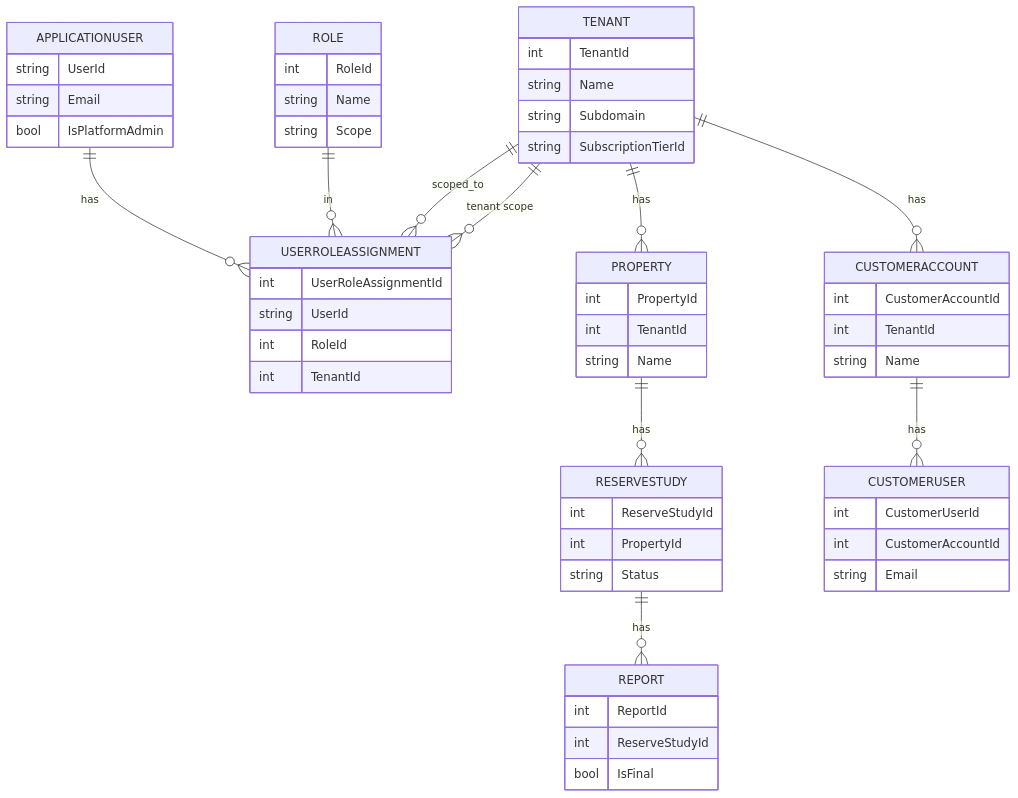
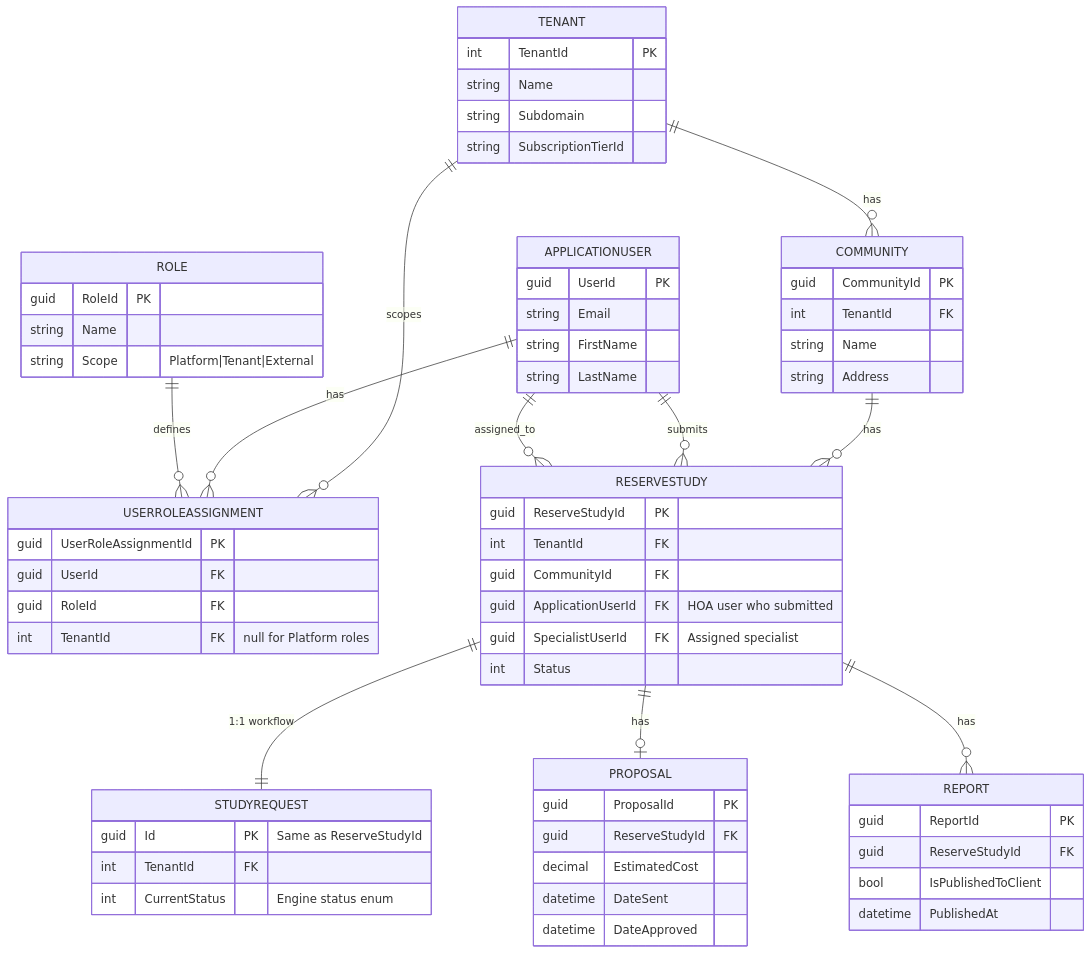
Before and after one commit to jay1z/CRS_MudBlazorStarter: the second of 2 diagrams in CRS/Documentation/RolesMermaid.md, drawn with Mermaid. The commit also changed other lines of this file and 11 other files, not shown here.

````diff
--- a/CRS/Documentation/RolesMermaid.md
+++ b/CRS/Documentation/RolesMermaid.md
@@ -1,72 +95,79 @@
 ```mermaid
 erDiagram
     TENANT {
-        int TenantId
+        int TenantId PK
         string Name
         string Subdomain
         string SubscriptionTierId
     }
 
     APPLICATIONUSER {
-        string UserId
+        guid UserId PK
         string Email
-        bool IsPlatformAdmin
+        string FirstName
+        string LastName
     }
 
     ROLE {
-        int RoleId
+        guid RoleId PK
         string Name
-        string Scope
+        string Scope "Platform|Tenant|External"
     }
 
     USERROLEASSIGNMENT {
-        int UserRoleAssignmentId
-        string UserId
-        int RoleId
-        int TenantId
+        guid UserRoleAssignmentId PK
+        guid UserId FK
+        guid RoleId FK
+        int TenantId FK "null for Platform roles"
     }
 
-    PROPERTY {
-        int PropertyId
-        int TenantId
+    COMMUNITY {
+        guid CommunityId PK
+        int TenantId FK
         string Name
+        string Address
     }
 
     RESERVESTUDY {
-        int ReserveStudyId
-        int PropertyId
-        string Status
+        guid ReserveStudyId PK
+        int TenantId FK
+        guid CommunityId FK
+        guid ApplicationUserId FK "HOA user who submitted"
+        guid SpecialistUserId FK "Assigned specialist"
+        int Status
+    }
+
+    STUDYREQUEST {
+        guid Id PK "Same as ReserveStudyId"
+        int TenantId FK
+        int CurrentStatus "Engine status enum"
+    }
+
+    PROPOSAL {
+        guid ProposalId PK
+        guid ReserveStudyId FK
+        decimal EstimatedCost
+        datetime DateSent
+        datetime DateApproved
     }
 
     REPORT {
-        int ReportId
-        int ReserveStudyId
-        bool IsFinal
+        guid ReportId PK
+        guid ReserveStudyId FK
+        bool IsPublishedToClient
+        datetime PublishedAt
     }
 
-    CUSTOMERACCOUNT {
-        int CustomerAccountId
-        int TenantId
-        string Name
-    }
-
-    CUSTOMERUSER {
-        int CustomerUserId
-        int CustomerAccountId
-        string Email
-    }
-
-    TENANT ||--o{ PROPERTY : has
-    PROPERTY ||--o{ RESERVESTUDY : has
+    TENANT ||--o{ COMMUNITY : has
+    TENANT ||--o{ USERROLEASSIGNMENT : scopes
+    COMMUNITY ||--o{ RESERVESTUDY : has
+    RESERVESTUDY ||--|| STUDYREQUEST : "1:1 workflow"
+    RESERVESTUDY ||--o| PROPOSAL : has
     RESERVESTUDY ||--o{ REPORT : has
 
-    TENANT ||--o{ CUSTOMERACCOUNT : has
-    CUSTOMERACCOUNT ||--o{ CUSTOMERUSER : has
+    APPLICATIONUSER ||--o{ USERROLEASSIGNMENT : has
+    APPLICATIONUSER ||--o{ RESERVESTUDY : submits
+    APPLICATIONUSER ||--o{ RESERVESTUDY : assigned_to
 
-    APPLICATIONUSER ||--o{ USERROLEASSIGNMENT : has
-    ROLE ||--o{ USERROLEASSIGNMENT : in
-    TENANT ||--o{ USERROLEASSIGNMENT : scoped_to
-
-    TENANT ||--o{ USERROLEASSIGNMENT : "tenant scope"
-
+    ROLE ||--o{ USERROLEASSIGNMENT : defines
 ```
````
